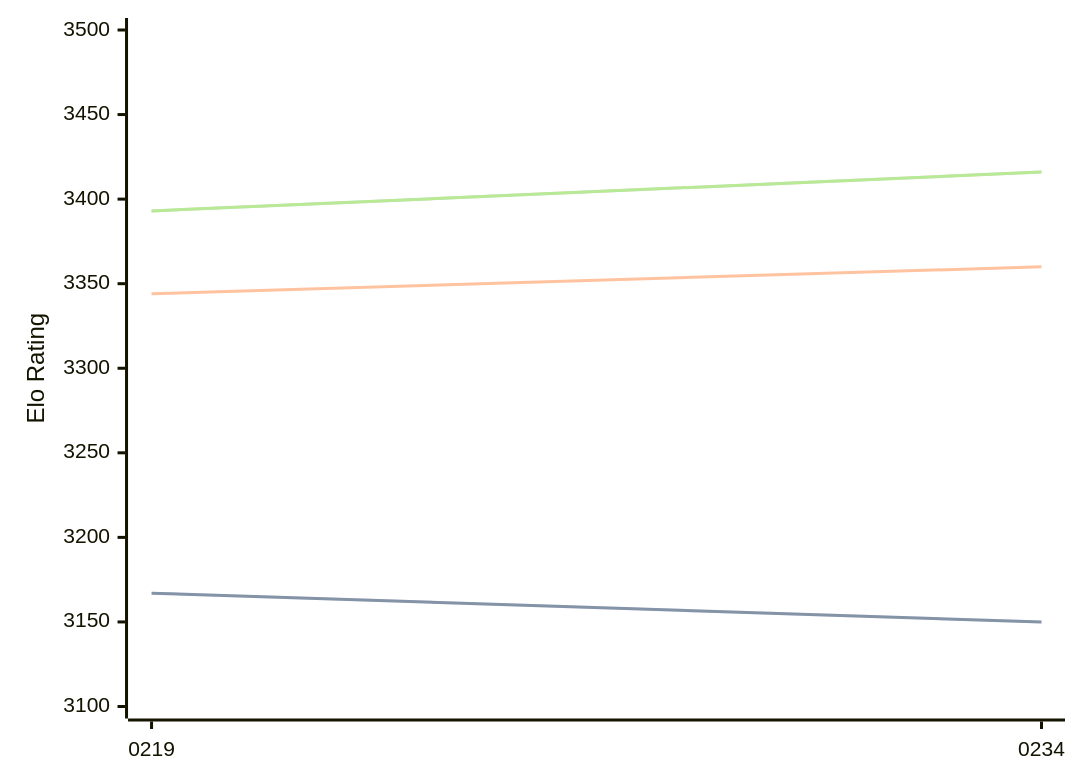
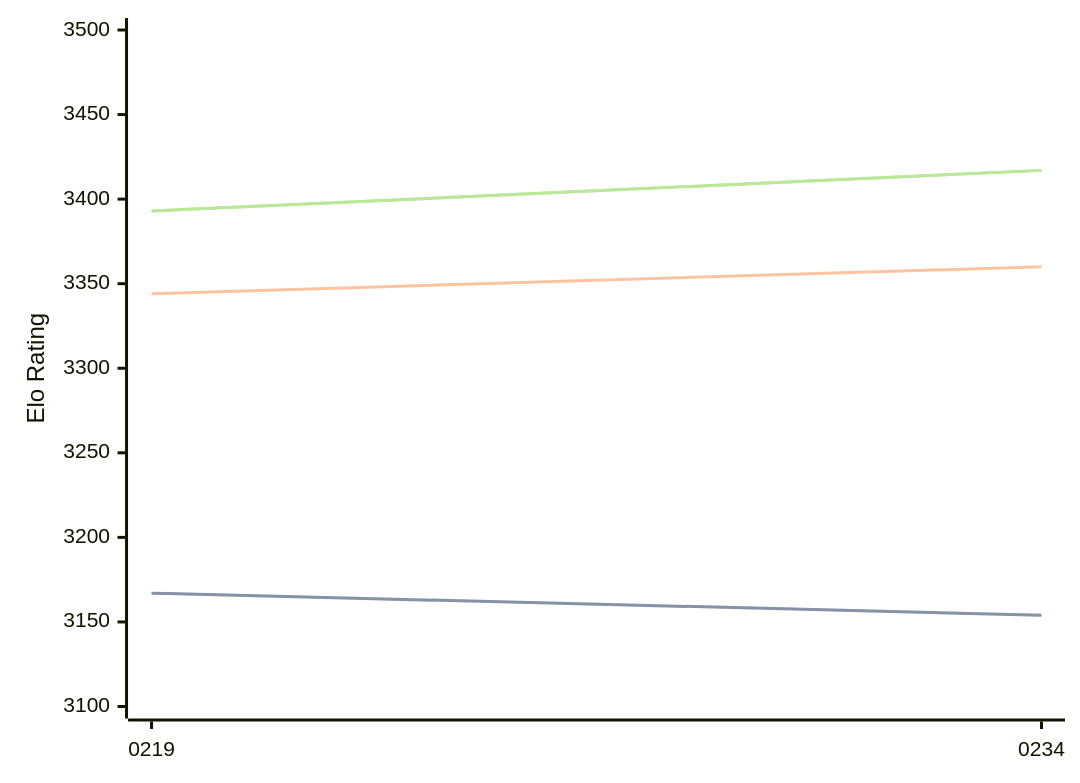
One commit to computer-chess-index/cci changed the diagram in engines/Ynode.md. Above: the diagram before and after it, drawn with Mermaid. The commit also changed other lines of this file, not shown here.

Commit message:
Update CCI Ratings (ELO VLTC) - 2026-03-27

````diff
--- a/engines/Ynode.md
+++ b/engines/Ynode.md
@@ -39,11 +39,11 @@
 ```mermaid
 %%{init: {"theme":"base","themeVariables":{"seriesColors:['#a3a3a3','#222221','#faa371']}}}%%
 xychart-beta
   x-axis ["0219", "0234"]
   y-axis "Elo Rating" 3100 --> 3500
-  line "STC (8.0+0.08s)" [3167, 3150]
-  line "STC (8.0+0.08s)" [3167, 3150]
+  line "STC (8.0+0.08s)" [3167, 3154]
+  line "STC (8.0+0.08s)" [3167, 3154]
   line "LTC (60.0+0.60s)" [3344, 3360]
-  line "VLTC (2m24s+1.12s)" [3393, 3416]
-  line "VLTC (2m24s+1.12s)" [3393, 3416]
+  line "VLTC (2m24s+1.12s)" [3393, 3417]
+  line "VLTC (2m24s+1.12s)" [3393, 3417]
 ```
````
